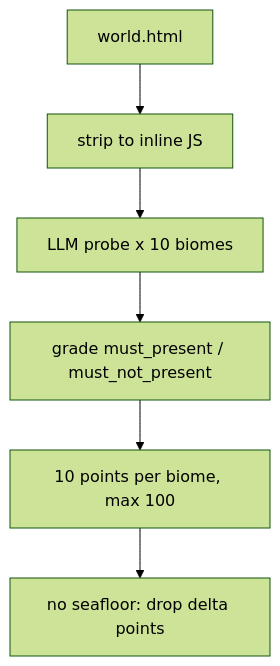
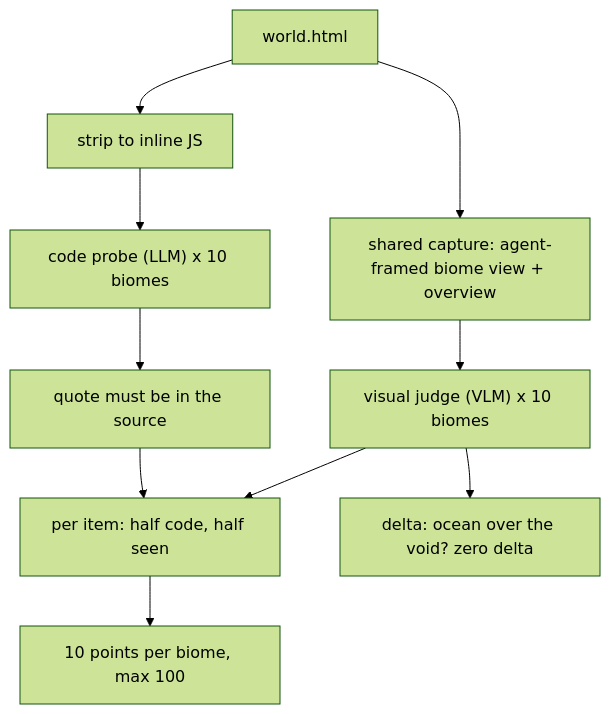
One commit to KrishBakshi/worldbench changed the diagram in tests/WC003_biome_micro_contents/README.md. Above: the diagram before and after it, drawn with Mermaid (forest theme). The commit also changed other lines of this file and 29 other files, not shown here.

````diff
--- a/tests/WC003_biome_micro_contents/README.md
+++ b/tests/WC003_biome_micro_contents/README.md
@@ -11,9 +11,13 @@
 ```mermaid
 flowchart TD
     html["world.html"]
     html --> strip["strip to inline JS"]
-    strip --> probe["LLM probe x 10 biomes"]
-    probe --> grade["grade must_present / must_not_present"]
+    strip --> probe["code probe (LLM) x 10 biomes"]
+    probe --> verify["quote must be in the source"]
+    html --> cap["shared capture: agent-framed biome view + overview"]
+    cap --> vis["visual judge (VLM) x 10 biomes"]
+    verify --> grade["per item: half code, half seen"]
+    vis --> grade
     grade --> score["10 points per biome, max 100"]
-    score --> gate["no seafloor: drop delta points"]
+    vis --> void["delta: ocean over the void? zero delta"]
 ```
````
